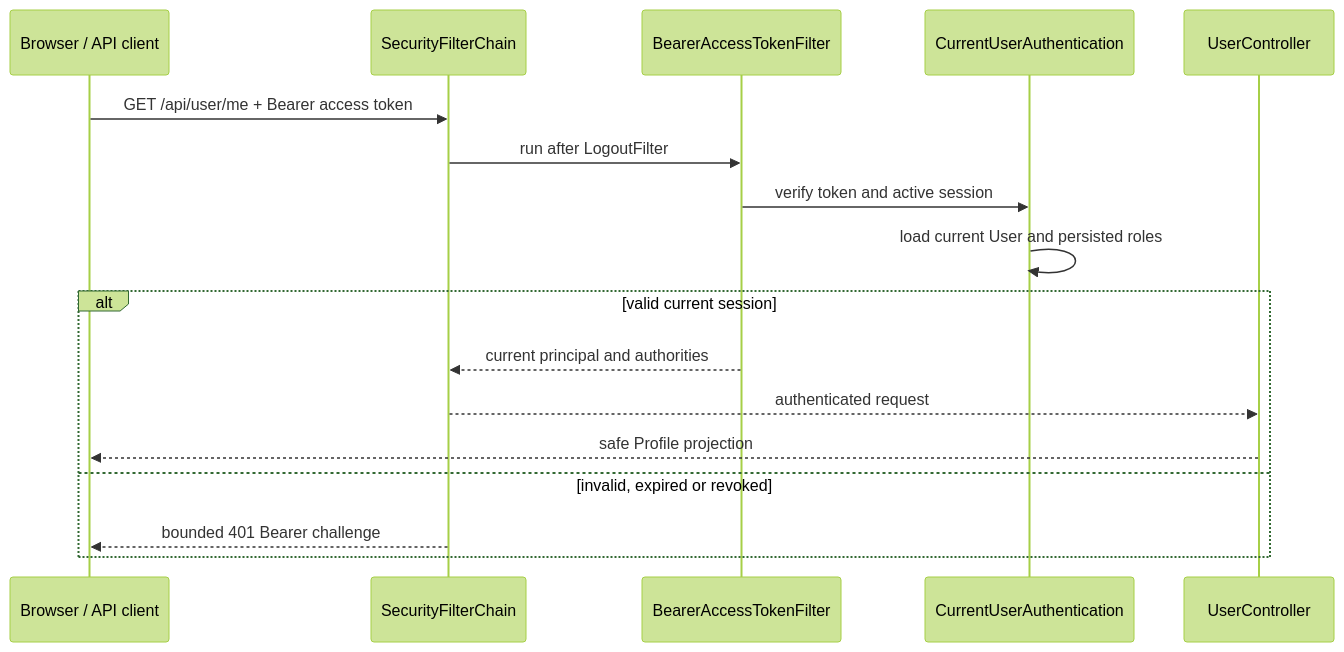
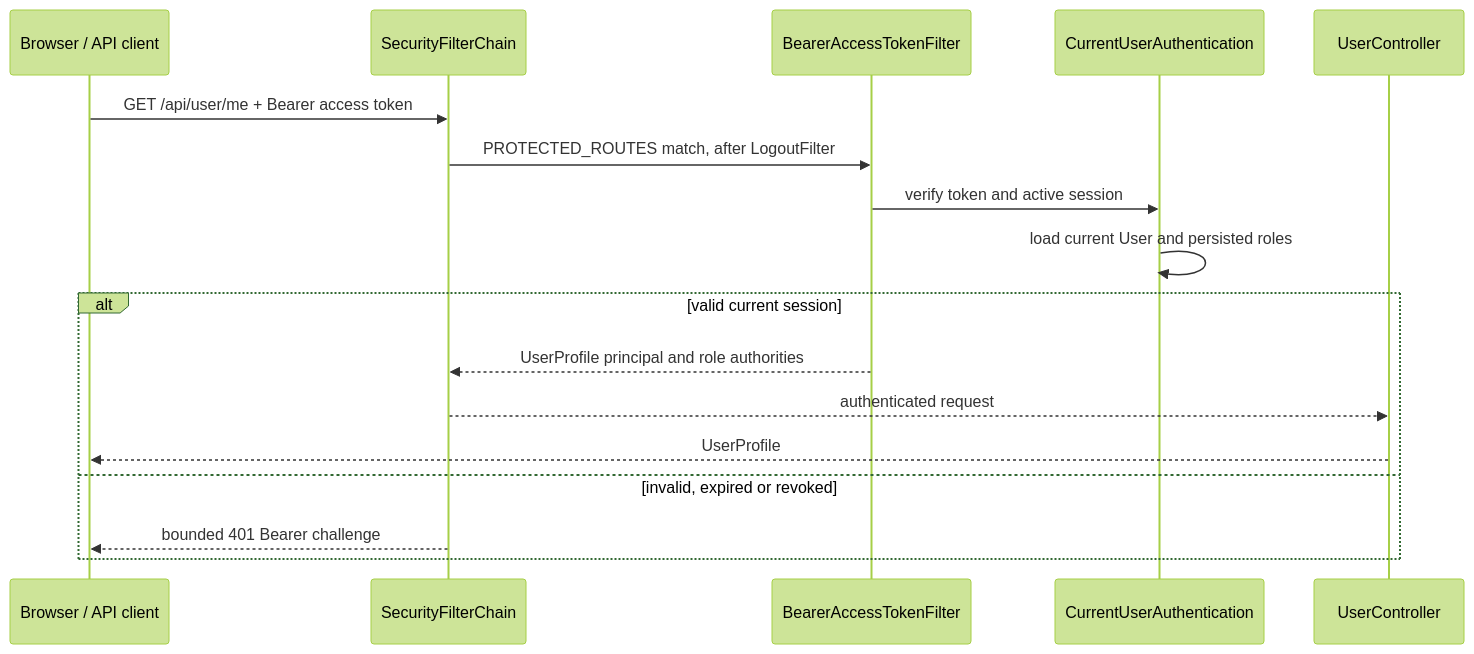
Before and after one commit to n-saakib/medi-wish-bd: the second of 2 diagrams in backend/docs/code-architecture.md, drawn with Mermaid (forest theme). The commit also changed other lines of this file and 169 other files, not shown here.

````diff
--- a/backend/docs/code-architecture.md
+++ b/backend/docs/code-architecture.md
@@ -136,20 +153,20 @@
 ```mermaid
 sequenceDiagram
     participant B as Browser / API client
     participant S as SecurityFilterChain
     participant F as BearerAccessTokenFilter
     participant C as CurrentUserAuthentication
     participant U as UserController
 
     B->>S: GET /api/user/me + Bearer access token
-    S->>F: run after LogoutFilter
+    S->>F: PROTECTED_ROUTES match, after LogoutFilter
     F->>C: verify token and active session
     C->>C: load current User and persisted roles
     alt valid current session
-        F-->>S: current principal and authorities
+        F-->>S: UserProfile principal and role authorities
         S-->>U: authenticated request
-        U-->>B: safe Profile projection
+        U-->>B: UserProfile
     else invalid, expired or revoked
         S-->>B: bounded 401 Bearer challenge
     end
 ```
````
